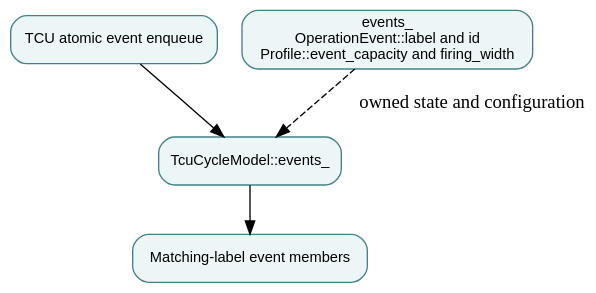
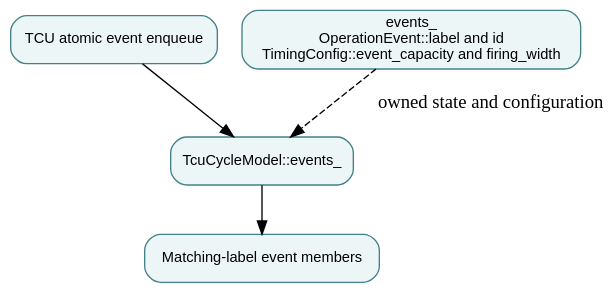
Before and after one commit to qsbit-org/qsbit-sim: the diagram in docs/modules/per-port-event-queues.md, drawn with Graphviz. The commit also changed other lines of this file and 80 other files, not shown here.

````diff
--- a/docs/modules/per-port-event-queues.md
+++ b/docs/modules/per-port-event-queues.md
@@ -14,11 +14,11 @@
 ```{graphviz}
 digraph module {
   rankdir=TB; bgcolor="transparent";
   node [shape=box, style="rounded,filled", fillcolor="#edf6f7", color="#43818a", fontname="sans-serif", fontsize=11];
   input [label="TCU atomic event enqueue"];
   owner [label="TcuCycleModel::events_"];
-  state [label="events_\nOperationEvent::label and id\nProfile::event_capacity and firing_width"];
+  state [label="events_\nOperationEvent::label and id\nTimingConfig::event_capacity and firing_width"];
   output [label="Matching-label event members"];
   input -> owner; owner -> output; state -> owner [style=dashed, label="owned state and configuration"];
 }
 ```
````
